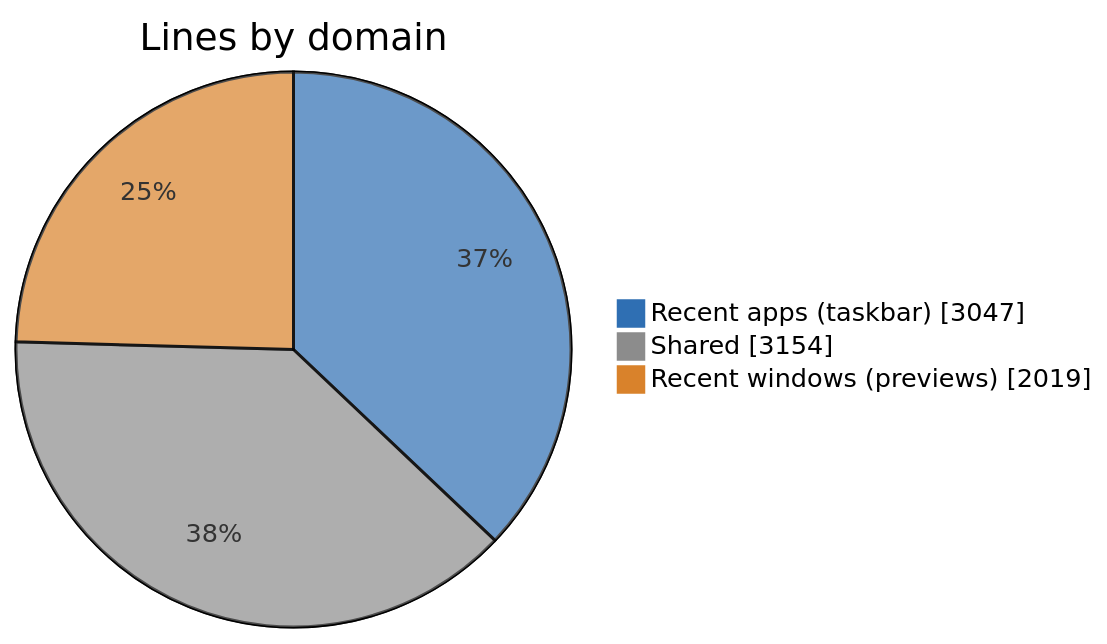
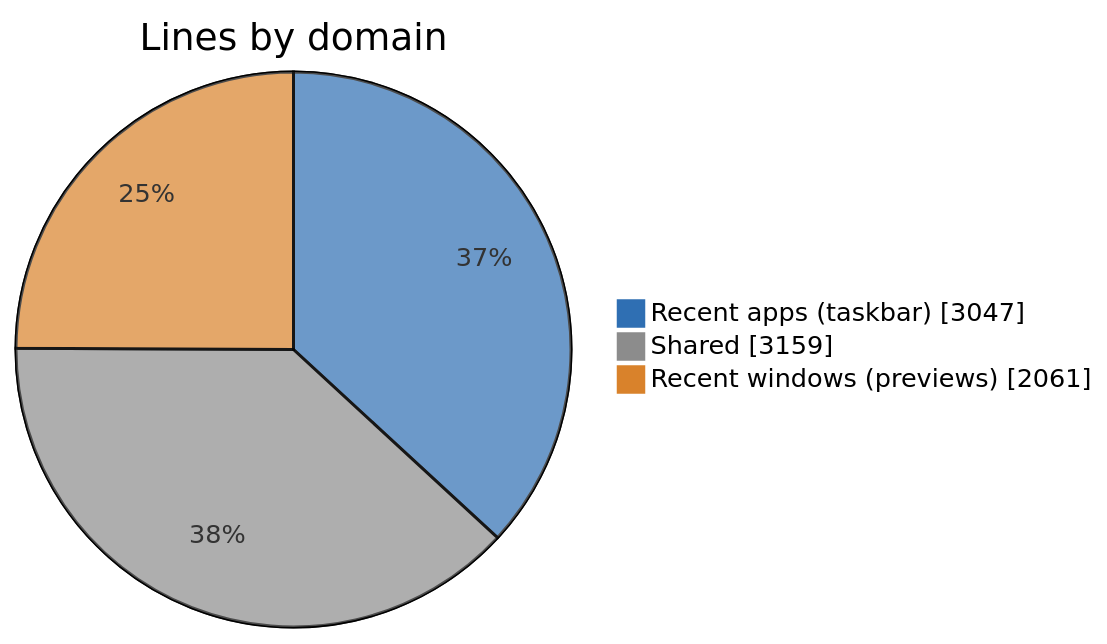
One commit to jvlasek/taskbar-recent-focus-highlight changed the first of 5 diagrams in doc/code/code-breakdown.md. Above: the diagram before and after it, drawn with Mermaid. The commit also changed other lines of this file and 8 other files, not shown here.

````diff
--- a/doc/code/code-breakdown.md
+++ b/doc/code/code-breakdown.md
@@ -15,7 +15,7 @@
 ```mermaid
 %%{init: {"themeVariables": {"pie1": "#2F6FB3", "pie2": "#8C8C8C", "pie3": "#D9822B", "pieOuterStrokeWidth": "1px"}}}%%
 pie showData title Lines by domain
     "Recent apps (taskbar)" : 3047
-    "Shared" : 3154
-    "Recent windows (previews)" : 2019
+    "Shared" : 3159
+    "Recent windows (previews)" : 2061
 ```
````
